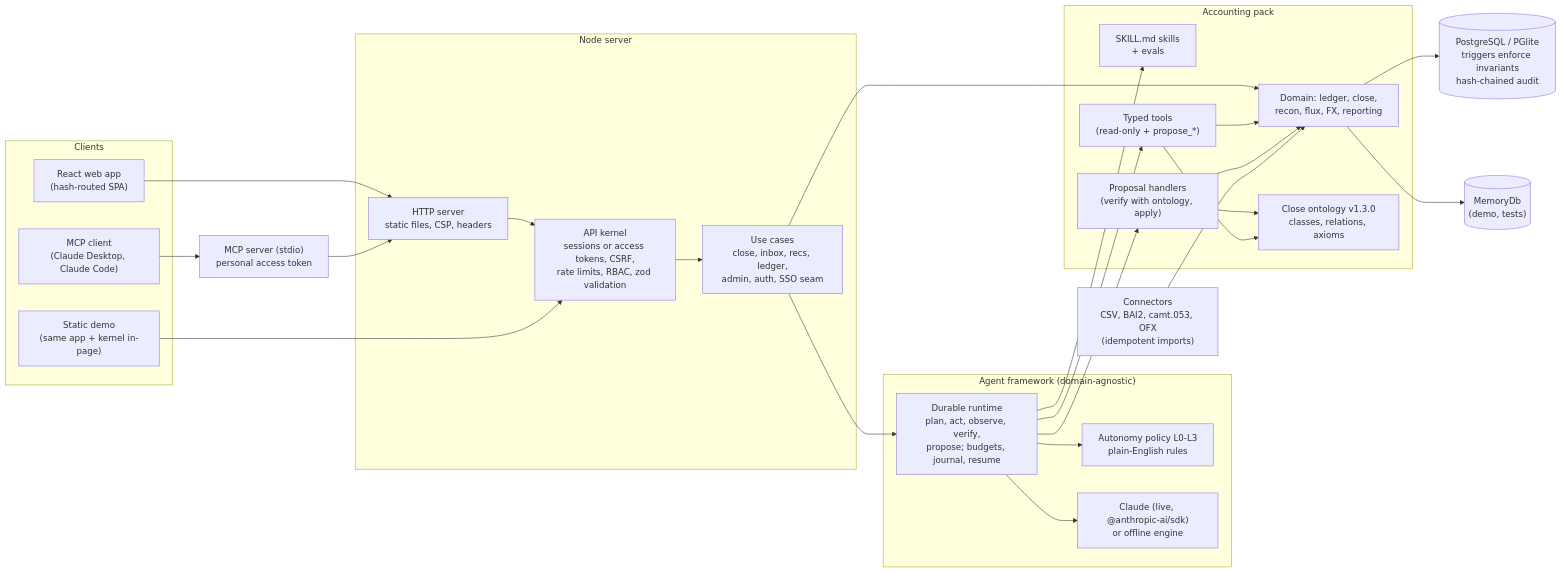
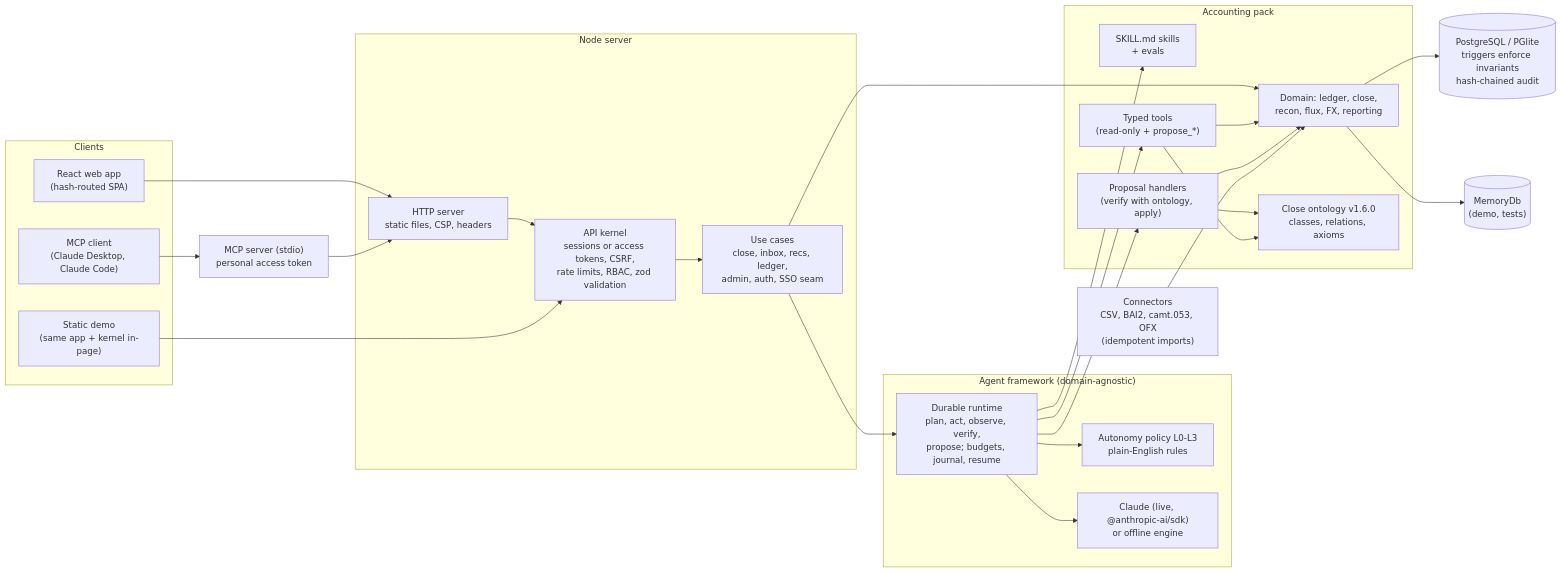
The diagram in agentic-close/bookhand/README.md (webglo-hq/studiox-website), drawn with Mermaid before and after one commit. The commit also changed other lines of this file and 3 other files, not shown here.

````diff
--- a/agentic-close/bookhand/README.md
+++ b/agentic-close/bookhand/README.md
@@ -68,45 +88,45 @@
 ```mermaid
 flowchart LR
   subgraph Clients
     UI["React web app<br/>(hash-routed SPA)"]
     DEMO["Static demo<br/>(same app + kernel in-page)"]
     MCPC["MCP client<br/>(Claude Desktop, Claude Code)"]
   end
   MCPS["MCP server (stdio)<br/>personal access token"]
   subgraph Server["Node server"]
     HTTP["HTTP server<br/>static files, CSP, headers"]
     K["API kernel<br/>sessions or access tokens, CSRF,<br/>rate limits, RBAC, zod validation"]
     UC["Use cases<br/>close, inbox, recs, ledger,<br/>admin, auth, SSO seam"]
   end
   subgraph Agents["Agent framework (domain-agnostic)"]
     RT["Durable runtime<br/>plan, act, observe, verify,<br/>propose; budgets, journal, resume"]
     POL["Autonomy policy L0-L3<br/>plain-English rules"]
     LLM["Claude (live, @anthropic-ai/sdk)<br/>or offline engine"]
   end
   subgraph Pack["Accounting pack"]
     SK["SKILL.md skills<br/>+ evals"]
     TL["Typed tools<br/>(read-only + propose_*)"]
     PH["Proposal handlers<br/>(verify with ontology, apply)"]
     DOM["Domain: ledger, close,<br/>recon, flux, FX, reporting"]
-    ONT["Close ontology v1.3.0<br/>classes, relations, axioms"]
+    ONT["Close ontology v1.6.0<br/>classes, relations, axioms"]
   end
   CONN["Connectors<br/>CSV, BAI2, camt.053, OFX<br/>(idempotent imports)"]
   DB[("PostgreSQL / PGlite<br/>triggers enforce invariants<br/>hash-chained audit")]
   MEM[("MemoryDb<br/>(demo, tests)")]
 
   UI --> HTTP --> K --> UC
   MCPC --> MCPS --> HTTP
   DEMO --> K
   UC --> RT
   UC --> DOM
   RT --> SK
   RT --> LLM
   RT --> TL --> DOM
   RT --> POL
   RT --> PH --> DOM
   PH --> ONT
   TL --> ONT
   CONN --> DOM
   DOM --> DB
   DOM --> MEM
 ```
````
